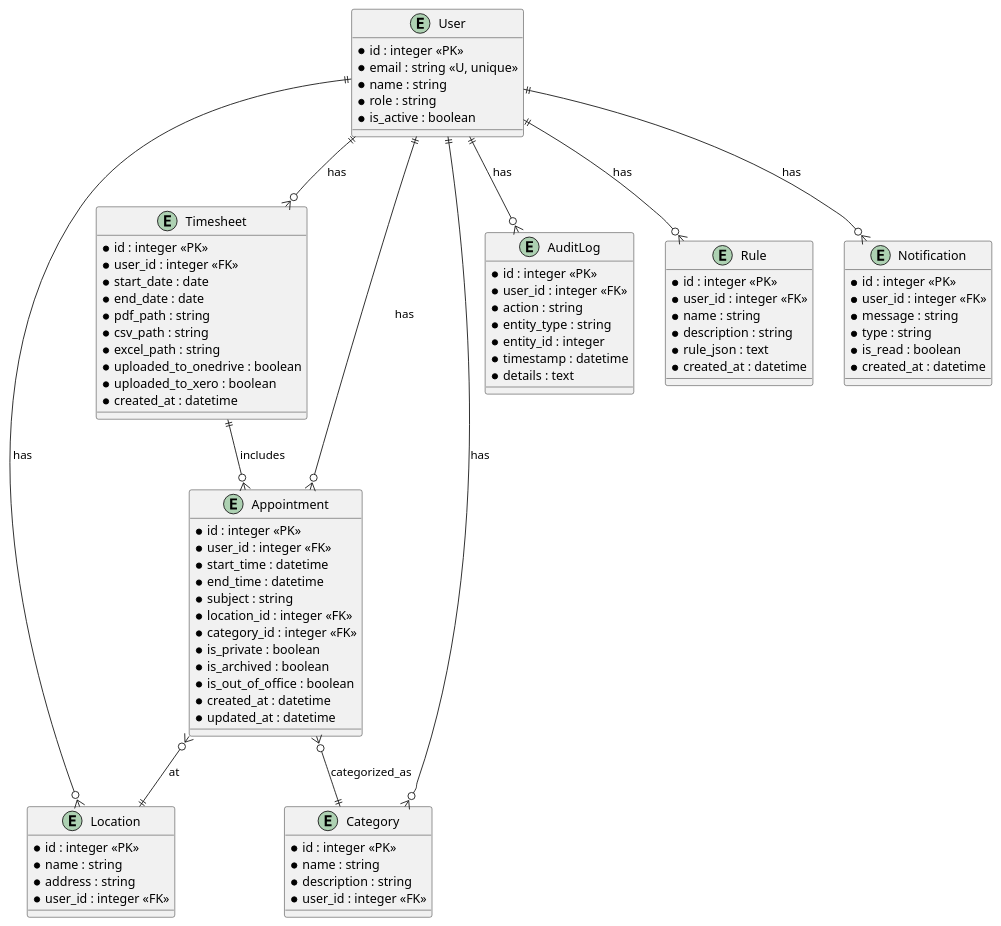
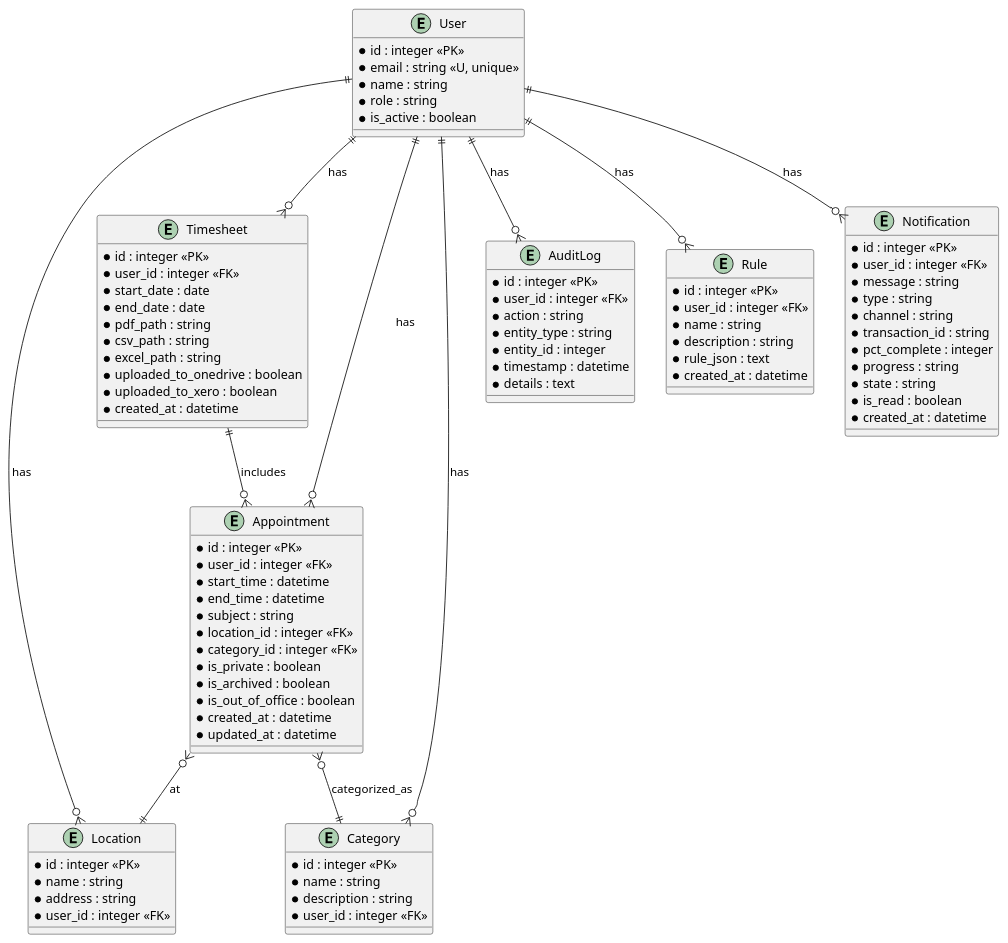
The diagram in docs/2-design/data-model.puml (Auriora/admin-assistant), drawn with PlantUML before and after one commit. The commit also changed 10 other files, not shown here.

```diff
--- a/docs/2-design/data-model.puml
+++ b/docs/2-design/data-model.puml
@@ -1,92 +1,99 @@
 @startuml DataModel
 entity User {
     * id : integer <<PK>>
     * email : string <<U, unique>>
     * name : string
     * role : string
     * is_active : boolean
 }
 
 entity Appointment {
     * id : integer <<PK>>
     * user_id : integer <<FK>>
     * start_time : datetime
     * end_time : datetime
     * subject : string
     * location_id : integer <<FK>>
     * category_id : integer <<FK>>
     * is_private : boolean
     * is_archived : boolean
     * is_out_of_office : boolean
     * created_at : datetime
     * updated_at : datetime
 }
 
 entity Location {
     * id : integer <<PK>>
     * name : string
     * address : string
     * user_id : integer <<FK>>
 }
 
 entity Category {
     * id : integer <<PK>>
     * name : string
     * description : string
     * user_id : integer <<FK>>
 }
 
 entity Timesheet {
     * id : integer <<PK>>
     * user_id : integer <<FK>>
     * start_date : date
     * end_date : date
     * pdf_path : string
     * csv_path : string
     * excel_path : string
     * uploaded_to_onedrive : boolean
     * uploaded_to_xero : boolean
     * created_at : datetime
 }
 
 entity AuditLog {
     * id : integer <<PK>>
     * user_id : integer <<FK>>
     * action : string
     * entity_type : string
     * entity_id : integer
     * timestamp : datetime
     * details : text
 }
 
 entity Rule {
     * id : integer <<PK>>
     * user_id : integer <<FK>>
     * name : string
     * description : string
     * rule_json : text
     * created_at : datetime
 }
 
 entity Notification {
     * id : integer <<PK>>
     * user_id : integer <<FK>>
     * message : string
     * type : string
+    * channel : string
+    * transaction_id : string
+    * pct_complete : integer
+    * progress : string
+    * state : string
     * is_read : boolean
     * created_at : datetime
 }
+
+' Note: User preferences determine which channel is used for each notification class.
 
 User ||--o{ Appointment : has
 User ||--o{ Location : has
 User ||--o{ Category : has
 User ||--o{ Timesheet : has
 User ||--o{ AuditLog : has
 User ||--o{ Rule : has
 User ||--o{ Notification : has
 
 Appointment }o--|| Location : at
 Appointment }o--|| Category : categorized_as
 Timesheet ||--o{ Appointment : includes
 
 @enduml 
```
